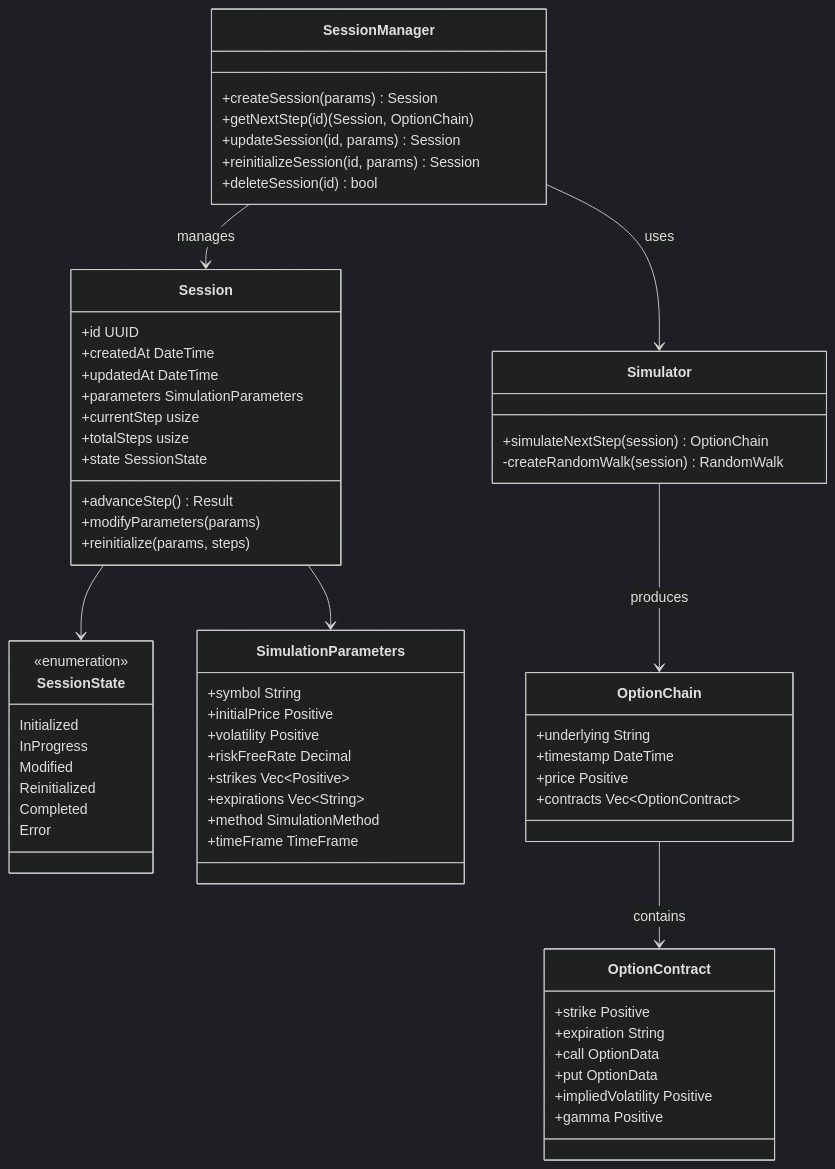
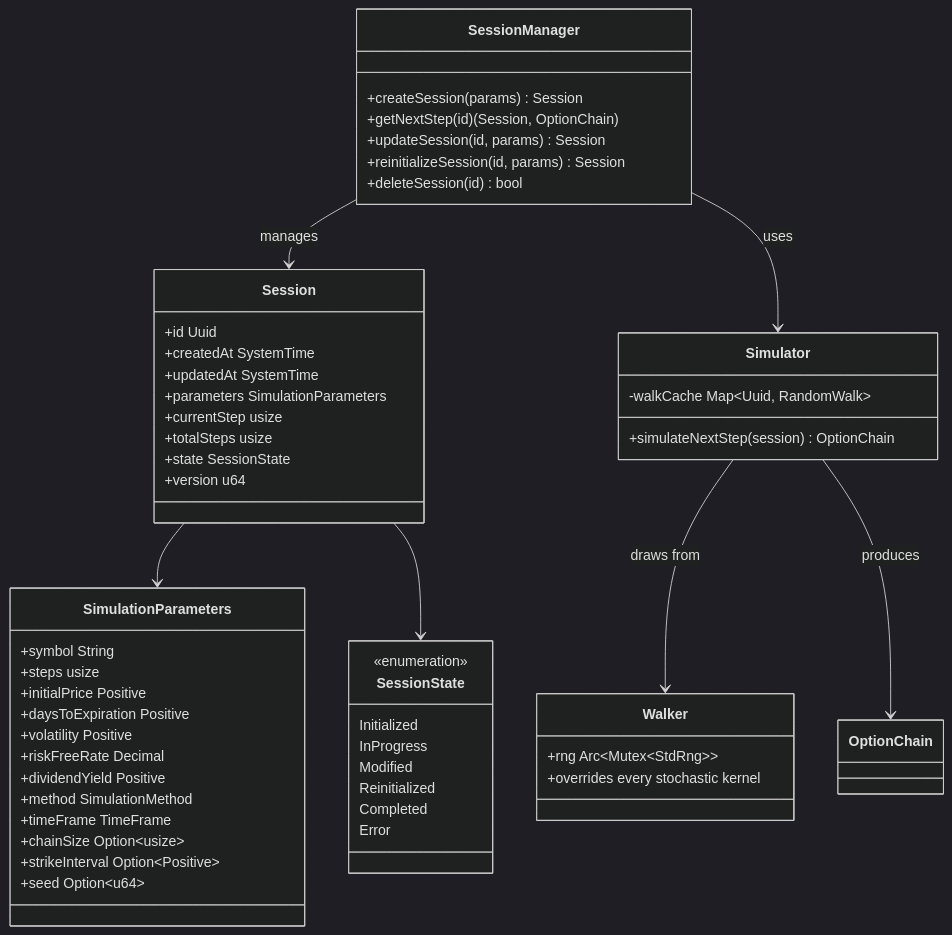
Before and after one commit to joaquinbejar/OptionChain-Simulator: the sixth of 8 diagrams in README.md, drawn with Mermaid (dark theme). The commit also changed other lines of this file and 2 other files, not shown here.

````diff
--- a/README.md
+++ b/README.md
@@ -621,72 +735,63 @@
 ```mermaid
 classDiagram
 class SessionManager {
 +createSession(params) Session
 +getNextStep(id) (Session, OptionChain)
 +updateSession(id, params) Session
 +reinitializeSession(id, params) Session
 +deleteSession(id) bool
 }
 
 class Session {
-+id UUID
-+createdAt DateTime
-+updatedAt DateTime
++id Uuid
++createdAt SystemTime
++updatedAt SystemTime
 +parameters SimulationParameters
 +currentStep usize
 +totalSteps usize
 +state SessionState
-+advanceStep() Result
-+modifyParameters(params)
-+reinitialize(params, steps)
++version u64
 }
 
 class SessionState {
 <<enumeration>>
 Initialized
 InProgress
 Modified
 Reinitialized
 Completed
 Error
 }
 
 class SimulationParameters {
 +symbol String
++steps usize
 +initialPrice Positive
++daysToExpiration Positive
 +volatility Positive
 +riskFreeRate Decimal
-+strikes Vec~Positive~
-+expirations Vec~String~
++dividendYield Positive
 +method SimulationMethod
 +timeFrame TimeFrame
++chainSize Option~usize~
++strikeInterval Option~Positive~
++seed Option~u64~
 }
 
 class Simulator {
 +simulateNextStep(session) OptionChain
--createRandomWalk(session) RandomWalk
+-walkCache Map~Uuid, RandomWalk~
 }
 
-class OptionChain {
-+underlying String
-+timestamp DateTime
-+price Positive
-+contracts Vec~OptionContract~
-}
-
-class OptionContract {
-+strike Positive
-+expiration String
-+call OptionData
-+put OptionData
-+impliedVolatility Positive
-+gamma Positive
+class Walker {
++rng Arc~Mutex~StdRng~~
++overrides every stochastic kernel
 }
 
 Session --> SimulationParameters
 Session --> SessionState
 SessionManager --> Session: manages
 SessionManager --> Simulator: uses
+Simulator --> Walker: draws from
 Simulator --> OptionChain: produces
-OptionChain --> OptionContract: contains
 ```
````
